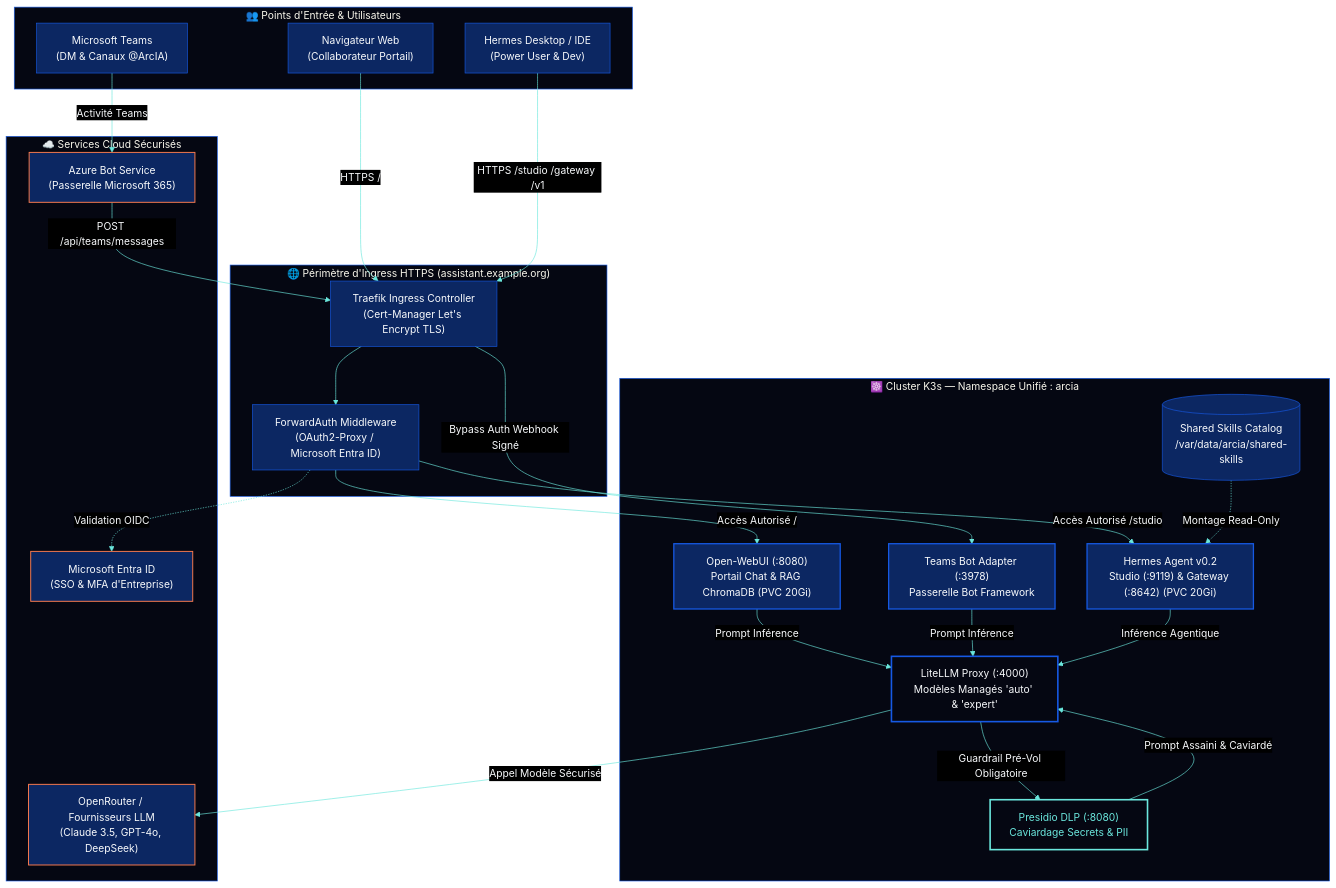
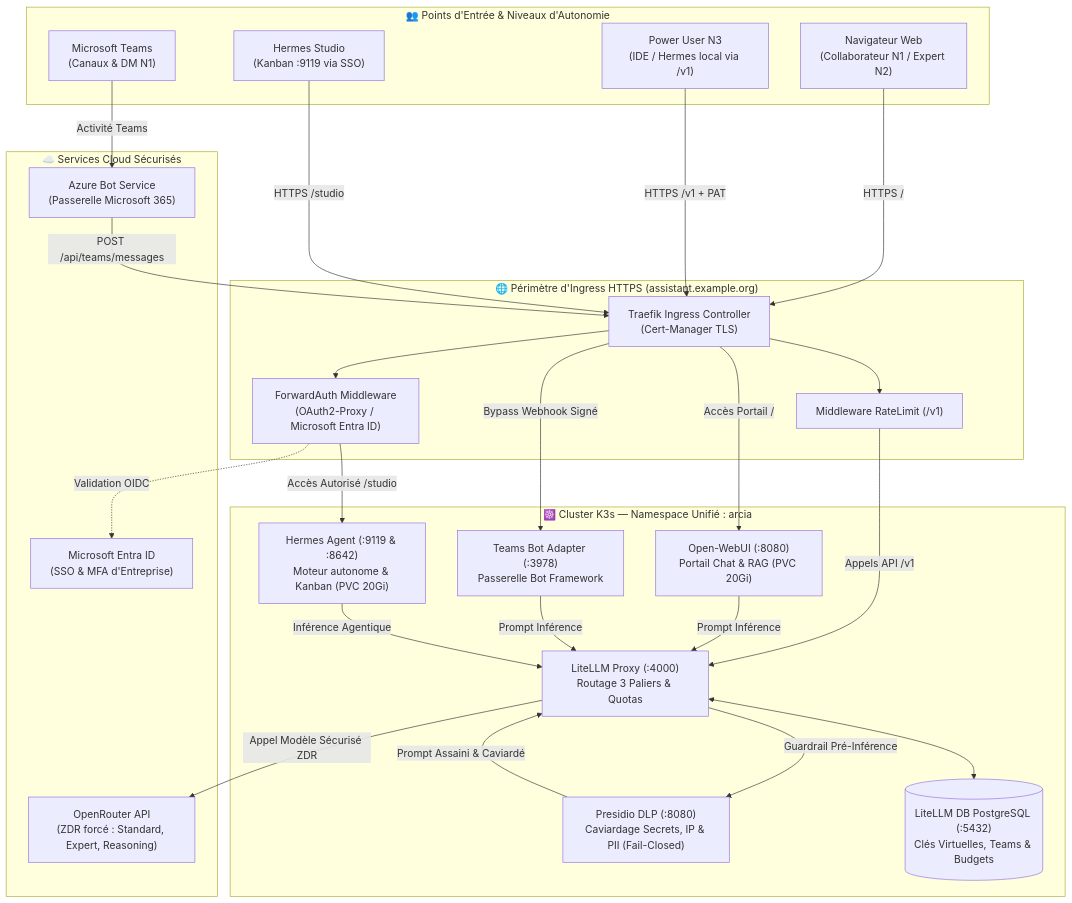
The diagram in README.md (nicolastheuil/ArcIA), drawn with Mermaid before and after one commit. The commit also changed other lines of this file and 52 other files, not shown here.

````diff
--- a/README.md
+++ b/README.md
@@ -81,59 +83,55 @@
 ```mermaid
-%%{init: {'theme': 'base', 'themeVariables': { 'darkMode': true, 'primaryColor': '#0C2762', 'primaryTextColor': '#F8FAFC', 'primaryBorderColor': '#1659E4', 'lineColor': '#6BE7DD', 'secondaryColor': '#050712', 'tertiaryColor': '#050712', 'clusterBkg': '#050712', 'clusterBorder': '#1659E4', 'fontFamily': 'Montserrat, Inter, system-ui, sans-serif' }}}%%
 flowchart TD
-    subgraph Clients ["👥 Points d'Entrée & Utilisateurs"]
-        WebUser["Navigateur Web<br/>(Collaborateur Portail)"]
-        TeamsUser["Microsoft Teams<br/>(DM & Canaux @ArcIA)"]
-        HermesDesk["Hermes Desktop / IDE<br/>(Power User & Dev)"]
+    subgraph Clients ["👥 Points d'Entrée & Niveaux d'Autonomie"]
+        WebUser["Navigateur Web<br/>(Collaborateur N1 / Expert N2)"]
+        TeamsUser["Microsoft Teams<br/>(Canaux & DM N1)"]
+        PowerUser["Power User N3<br/>(IDE / Hermes local via /v1)"]
+        HermesDesk["Hermes Studio<br/>(Kanban :9119 via SSO)"]
     end
 
     subgraph IngressLayer ["🌐 Périmètre d'Ingress HTTPS (assistant.example.org)"]
-        Traefik["Traefik Ingress Controller<br/>(Cert-Manager Let's Encrypt TLS)"]
+        Traefik["Traefik Ingress Controller<br/>(Cert-Manager TLS)"]
         ForwardAuth["ForwardAuth Middleware<br/>(OAuth2-Proxy / Microsoft Entra ID)"]
+        RateLimit["Middleware RateLimit (/v1)"]
     end
 
     subgraph ArcIANamespace ["☸️ Cluster K3s — Namespace Unifié : arcia"]
-        WebUI["Open-WebUI (:8080)<br/>Portail Chat & RAG ChromaDB (PVC 20Gi)"]
+        WebUI["Open-WebUI (:8080)<br/>Portail Chat & RAG (PVC 20Gi)"]
         TeamsBot["Teams Bot Adapter (:3978)<br/>Passerelle Bot Framework"]
-        HermesAgent["Hermes Agent v0.2<br/>Studio (:9119) & Gateway (:8642) (PVC 20Gi)"]
-        SkillsShare[("Shared Skills Catalog<br/>/var/data/arcia/shared-skills")]
-        PresidioDLP["Presidio DLP (:8080)<br/>Caviardage Secrets & PII"]
-        LiteLLM["LiteLLM Proxy (:4000)<br/>Modèles Managés 'auto' & 'expert'"]
+        HermesAgent["Hermes Agent (:9119 & :8642)<br/>Moteur autonome & Kanban (PVC 20Gi)"]
+        PresidioDLP["Presidio DLP (:8080)<br/>Caviardage Secrets, IP & PII (Fail-Closed)"]
+        LiteLLM["LiteLLM Proxy (:4000)<br/>Routage 3 Paliers & Quotas"]
+        LiteLLMDB[("LiteLLM DB PostgreSQL (:5432)<br/>Clés Virtuelles, Teams & Budgets")]
     end
 
     subgraph CloudLayer ["☁️ Services Cloud Sécurisés"]
-        OpenRouter["OpenRouter / Fournisseurs LLM<br/>(Claude 3.5, GPT-4o, DeepSeek)"]
+        OpenRouter["OpenRouter API<br/>(ZDR forcé : Standard, Expert, Reasoning)"]
         EntraID["Microsoft Entra ID<br/>(SSO & MFA d'Entreprise)"]
         AzureBot["Azure Bot Service<br/>(Passerelle Microsoft 365)"]
     end
 
     WebUser -->|HTTPS /| Traefik
-    HermesDesk -->|HTTPS /studio /gateway /v1| Traefik
+    PowerUser -->|HTTPS /v1 + PAT| Traefik
+    HermesDesk -->|HTTPS /studio| Traefik
     TeamsUser -->|Activité Teams| AzureBot
     AzureBot -->|POST /api/teams/messages| Traefik
 
     Traefik --> ForwardAuth
     ForwardAuth -.->|Validation OIDC| EntraID
-    ForwardAuth -->|Accès Autorisé /| WebUI
     ForwardAuth -->|Accès Autorisé /studio| HermesAgent
-    Traefik -->|Bypass Auth Webhook Signé| TeamsBot
+
+    Traefik --> RateLimit
+    RateLimit -->|Appels API /v1| LiteLLM
+
+    Traefik -->|Accès Portail /| WebUI
+    Traefik -->|Bypass Webhook Signé| TeamsBot
 
     WebUI -->|Prompt Inférence| LiteLLM
     TeamsBot -->|Prompt Inférence| LiteLLM
     HermesAgent -->|Inférence Agentique| LiteLLM
-    SkillsShare -.->|Montage Read-Only| HermesAgent
 
-    LiteLLM -->|Guardrail Pré-Vol Obligatoire| PresidioDLP
+    LiteLLM <--> LiteLLMDB
+    LiteLLM -->|Guardrail Pré-Inférence| PresidioDLP
     PresidioDLP -->|Prompt Assaini & Caviardé| LiteLLM
-    LiteLLM -->|Appel Modèle Sécurisé| OpenRouter
-
-    classDef core fill:#0C2762,stroke:#1659E4,stroke-width:2px,color:#F8FAFC;
-    classDef dlp fill:#050712,stroke:#6BE7DD,stroke-width:2.5px,color:#6BE7DD;
-    classDef llm fill:#050712,stroke:#1659E4,stroke-width:2.5px,color:#F8FAFC;
-    classDef cloud fill:#0C2762,stroke:#FA7B4E,stroke-width:1.5px,color:#F8FAFC;
-
-    class PresidioDLP dlp;
-    class LiteLLM llm;
-    class HermesAgent,WebUI,TeamsBot core;
-    class OpenRouter,EntraID,AzureBot cloud;
+    LiteLLM -->|Appel Modèle Sécurisé ZDR| OpenRouter
 ```
````
